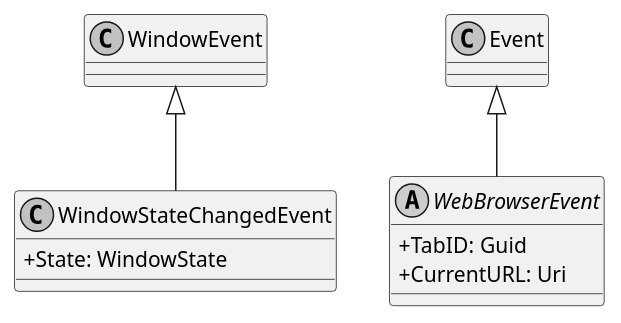
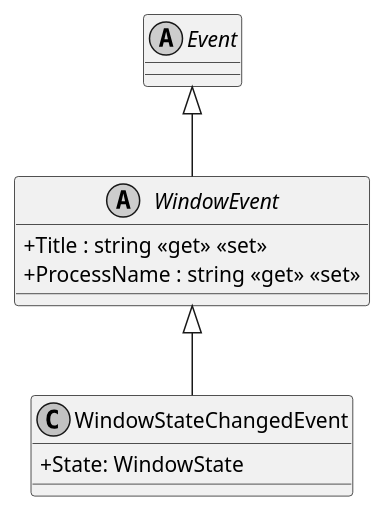
Before and after one commit to insightmind/MORR: the diagram in documents/sd/plantuml/application/Modules/WindowManagement/Events/WindowStateChangedEvent.puml, drawn with PlantUML. The commit also changed 9 other files, not shown here.

```diff
--- a/documents/sd/plantuml/application/Modules/WindowManagement/Events/WindowStateChangedEvent.puml
+++ b/documents/sd/plantuml/application/Modules/WindowManagement/Events/WindowStateChangedEvent.puml
@@ -1,16 +1,16 @@
 @startuml
 skinparam monochrome true
 skinparam classAttributeIconSize 0
 
 class WindowStateChangedEvent {
     + State: WindowState
 }
 WindowEvent <|-- WindowStateChangedEvent
 
-abstract class WebBrowserEvent {
-    + TabID: Guid
-    + CurrentURL: Uri
+abstract class WindowEvent {
+    + Title : string <<get>> <<set>>
+    + ProcessName : string <<get>> <<set>>
 }
-
-Event <|-- WebBrowserEvent
+abstract class Event
+Event <|-- WindowEvent
 @enduml
```
